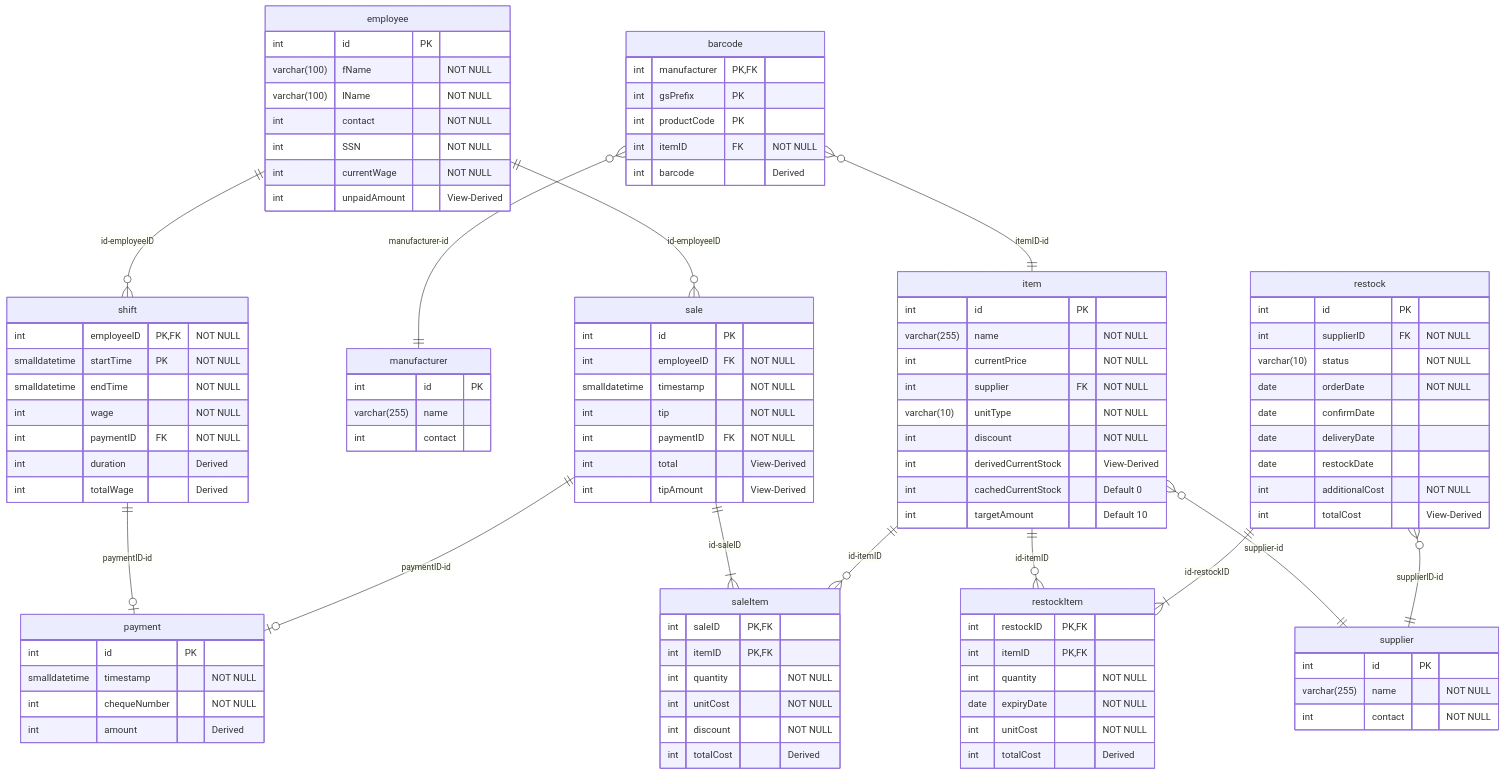
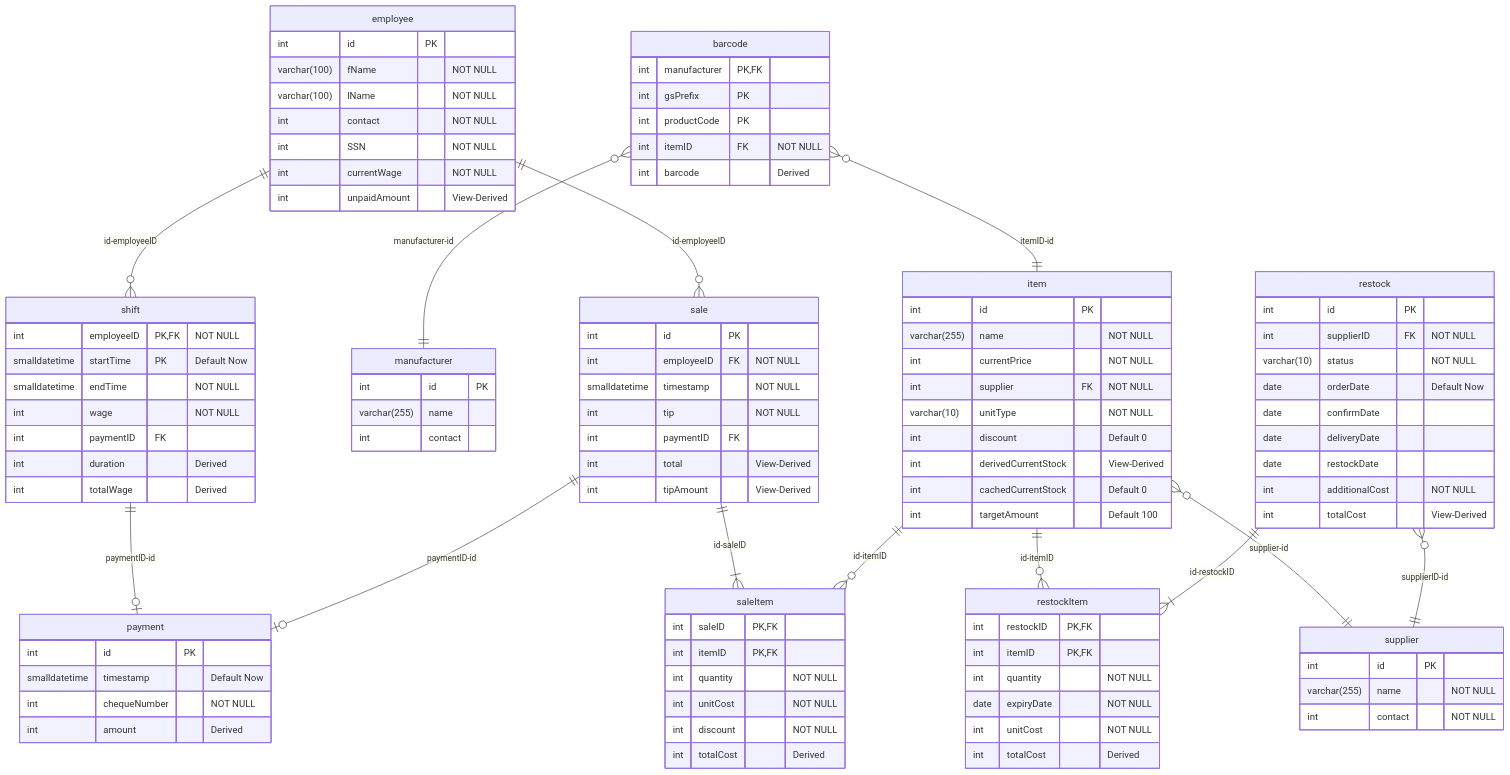
Before and after one commit to tnichols217/notes: the diagram in CSDS 341 - Intro to Databases/Project/ER Diagram.md, drawn with Mermaid. The commit also changed other lines of this file and 22 other files, not shown here.

```diff
--- a/CSDS 341 - Intro to Databases/Project/ER Diagram.md
+++ b/CSDS 341 - Intro to Databases/Project/ER Diagram.md
@@ -13,10 +14,10 @@
 		int currentPrice "NOT NULL"
 		int supplier FK "NOT NULL"
 		varchar(10) unitType "NOT NULL"
-		int discount "NOT NULL"
+		int discount "Default 0"
 		int derivedCurrentStock "View-Derived"
 		int cachedCurrentStock "Default 0"
-		int targetAmount "Default 10"
+		int targetAmount "Default 100"
 	}
 	manufacturer {
 		int id PK
@@ -42,22 +43,22 @@
 		int employeeID FK "NOT NULL"
 		smalldatetime timestamp "NOT NULL"
 		int tip "NOT NULL"
-		int paymentID FK "NOT NULL"
+		int paymentID FK
 		int total "View-Derived"
 		int tipAmount "View-Derived"
 	}
 	shift {
 		int employeeID PK,FK "NOT NULL"
-		smalldatetime startTime PK "NOT NULL"
+		smalldatetime startTime PK "Default Now"
 		smalldatetime endTime "NOT NULL"
 		int wage "NOT NULL"
-		int paymentID FK "NOT NULL"
+		int paymentID FK
 		int duration "Derived"
 		int totalWage "Derived"
 	}
 	payment {
 		int id PK
-		smalldatetime timestamp "NOT NULL"
+		smalldatetime timestamp "Default Now"
 		int chequeNumber "NOT NULL"
 		int amount "Derived"
 	}
@@ -73,7 +74,7 @@
 		int id PK
 		int supplierID FK "NOT NULL"
 		varchar(10) status "NOT NULL"
-		date orderDate "NOT NULL"
+		date orderDate "Default Now"
 		date confirmDate
 		date deliveryDate
 		date restockDate
```
